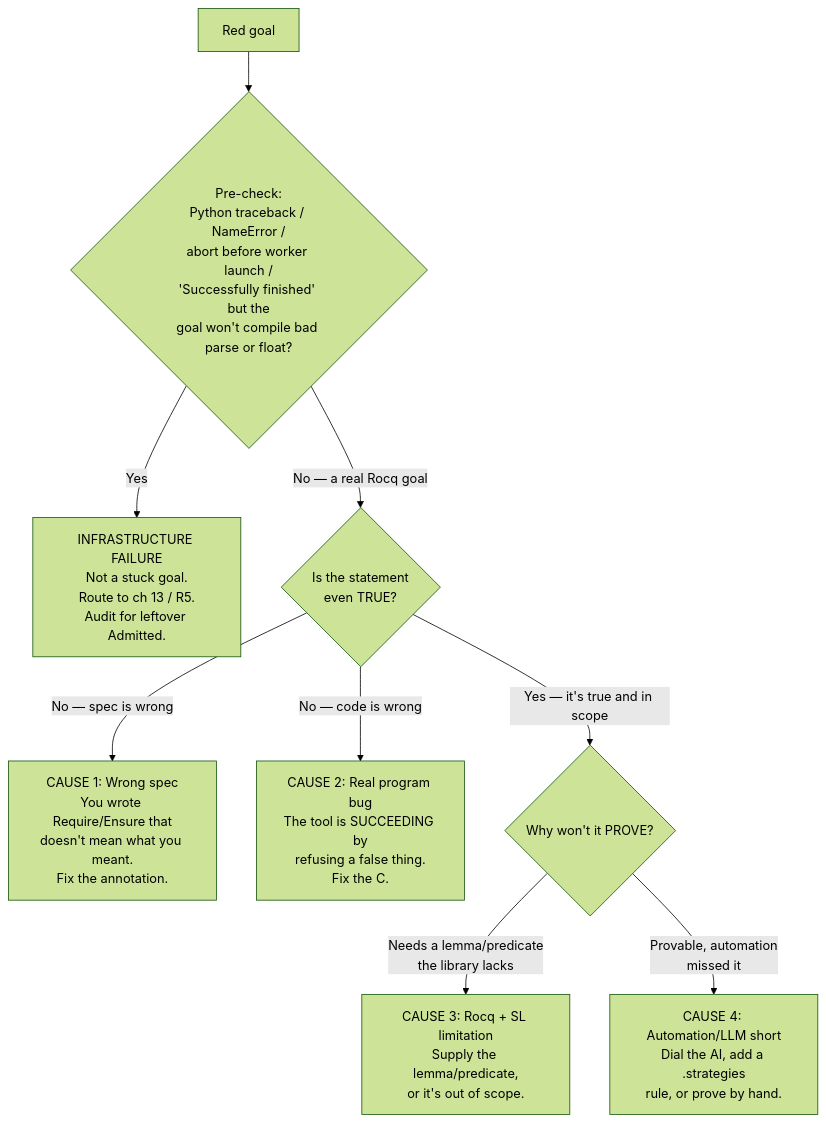
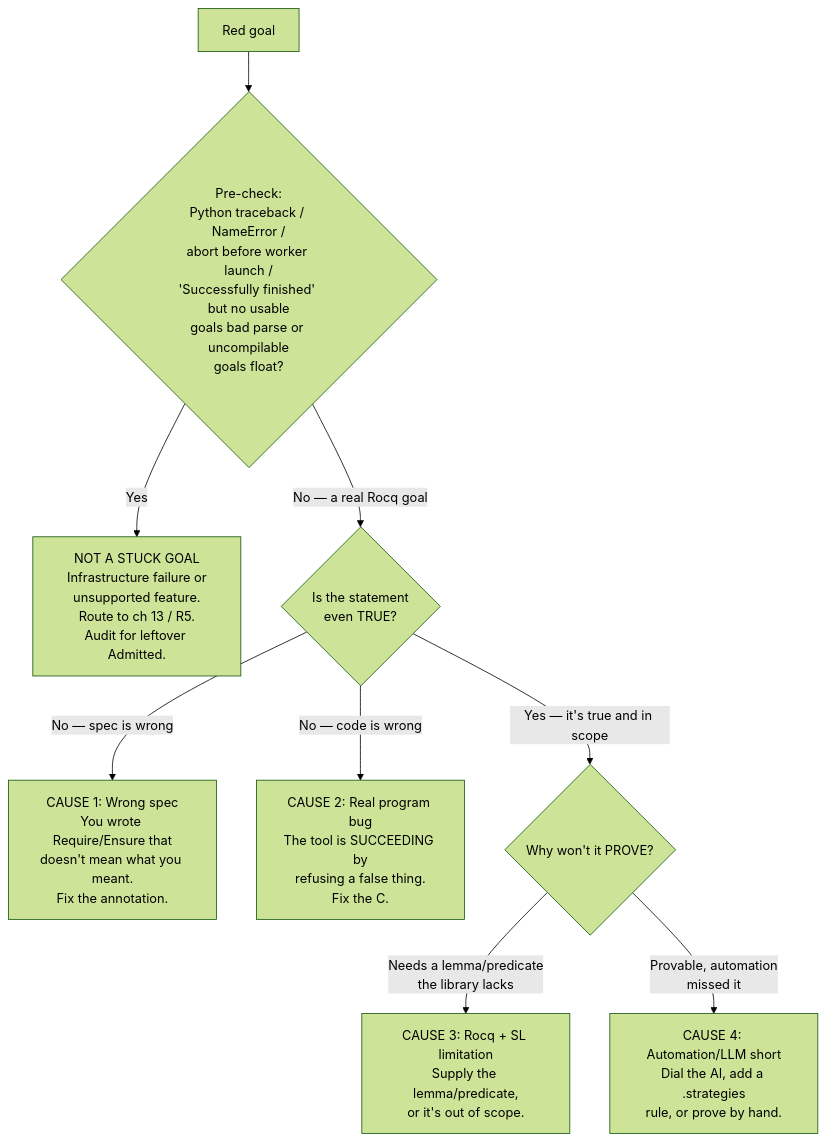
The diagram in manual/ch11-stuck-goal-differential.md (shaobocuigh/QualifiedCProgramming), drawn with Mermaid (forest theme) before and after one commit. The commit also changed other lines of this file and 12 other files, not shown here.

````diff
--- a/manual/ch11-stuck-goal-differential.md
+++ b/manual/ch11-stuck-goal-differential.md
@@ -48,11 +53,11 @@
 ```mermaid
 flowchart TD
-    A[Red goal] --> P{Pre-check:<br/>Python traceback / NameError /<br/>abort before worker launch /<br/>'Successfully finished' but the<br/>goal won't compile bad parse or float?}
-    P -->|Yes| INFRA[INFRASTRUCTURE FAILURE<br/>Not a stuck goal.<br/>Route to ch 13 / R5.<br/>Audit for leftover Admitted.]
+    A[Red goal] --> P{Pre-check:<br/>Python traceback / NameError /<br/>abort before worker launch /<br/>'Successfully finished' but no usable<br/>goals bad parse or uncompilable<br/>goals float?}
+    P -->|Yes| INFRA[NOT A STUCK GOAL<br/>Infrastructure failure or<br/>unsupported feature.<br/>Route to ch 13 / R5.<br/>Audit for leftover Admitted.]
     P -->|"No — a real Rocq goal"| T{Is the statement<br/>even TRUE?}
     T -->|"No — spec is wrong"| C1[CAUSE 1: Wrong spec<br/>You wrote Require/Ensure that<br/>doesn't mean what you meant.<br/>Fix the annotation.]
     T -->|"No — code is wrong"| C2[CAUSE 2: Real program bug<br/>The tool is SUCCEEDING by<br/>refusing a false thing.<br/>Fix the C.]
     T -->|"Yes — it's true and in scope"| W{Why won't it PROVE?}
     W -->|"Needs a lemma/predicate<br/>the library lacks"| C3[CAUSE 3: Rocq + SL limitation<br/>Supply the lemma/predicate,<br/>or it's out of scope.]
     W -->|"Provable, automation<br/>missed it"| C4[CAUSE 4: Automation/LLM short<br/>Dial the AI, add a .strategies<br/>rule, or prove by hand.]
 ```
````
